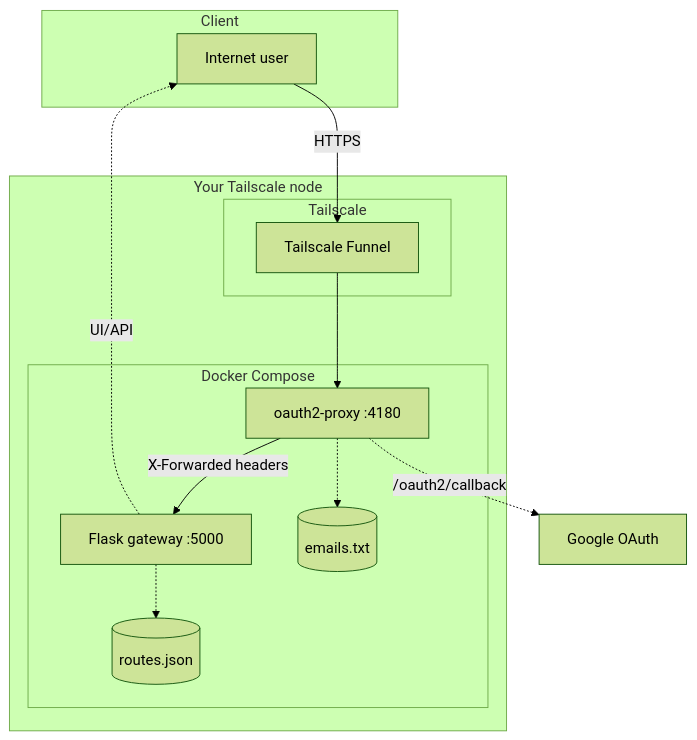
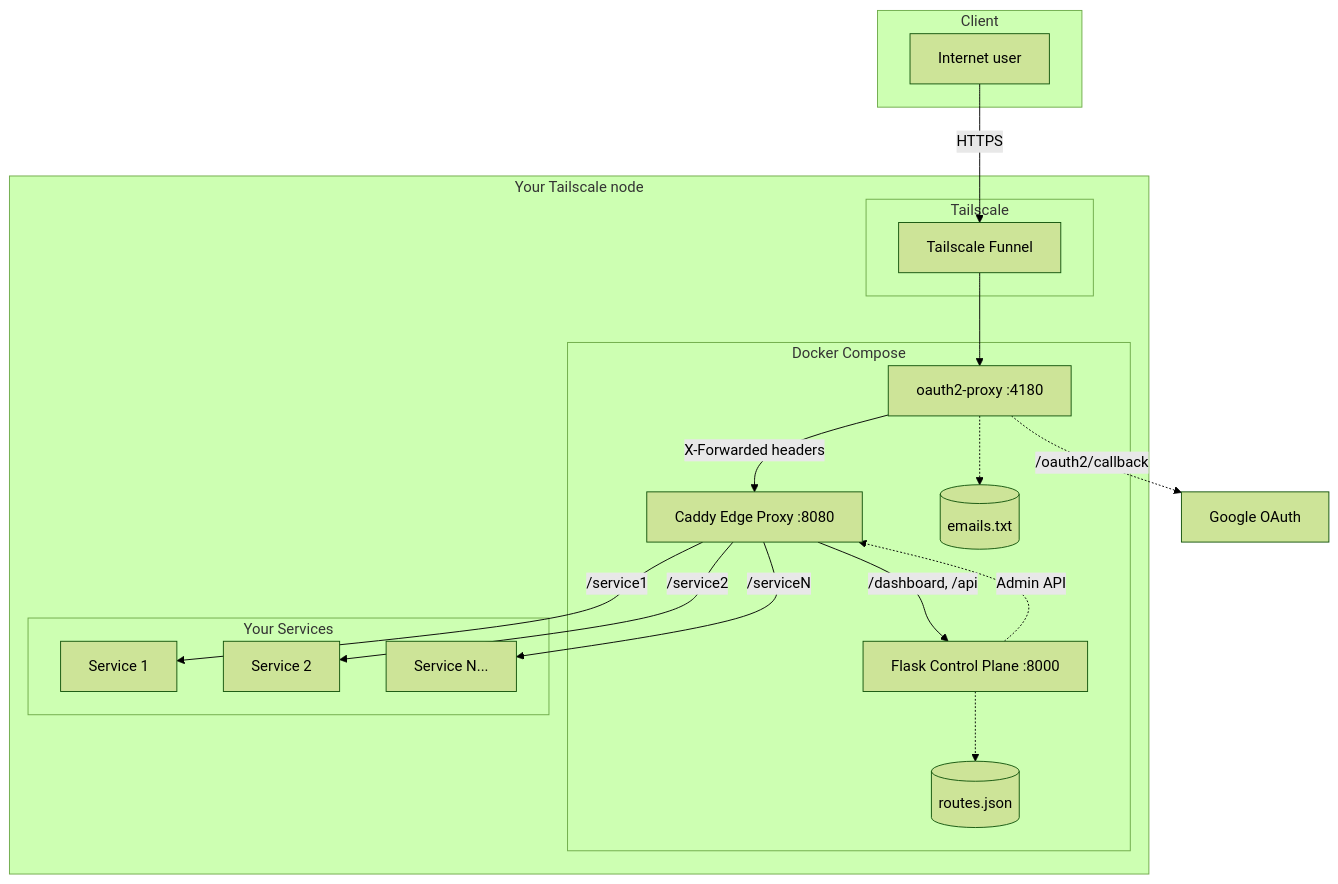
Before and after one commit to HaiNick/Shark-no-Ninsho-Mon: the first of 2 diagrams in README.md, drawn with Mermaid (forest theme). The commit also changed other lines of this file and 3 other files, not shown here.

First line of the commit message:
feat: integrate Caddy edge proxy for improved routing and performance

````diff
--- a/README.md
+++ b/README.md
@@ -171,24 +183,34 @@
 ```mermaid
 graph TB
   subgraph Client
     U[Internet user]
   end
   subgraph Host[Your Tailscale node]
     subgraph TS[Tailscale]
       Funnel[Tailscale Funnel]
     end
     subgraph Compose[Docker Compose]
       OAuth[oauth2-proxy :4180]
-      App[Flask gateway :5000]
+      Caddy[Caddy Edge Proxy :8080]
+      App[Flask Control Plane :8000]
       Emails[(emails.txt)]
       Routes[(routes.json)]
+    end
+    subgraph Backends[Your Services]
+      B1[Service 1]
+      B2[Service 2]
+      B3[Service N...]
     end
   end
   U -->|HTTPS| Funnel
   Funnel --> OAuth
-  OAuth -->|X-Forwarded headers| App
+  OAuth -->|X-Forwarded headers| Caddy
   OAuth -.-> Emails
+  Caddy -->|/dashboard, /api| App
+  Caddy -->|/service1| B1
+  Caddy -->|/service2| B2
+  Caddy -->|/serviceN| B3
+  App -.->|Admin API| Caddy
   App -.-> Routes
   OAuth -.->|/oauth2/callback| Google[Google OAuth]
-  App -.->|UI/API| U
 ```
````
